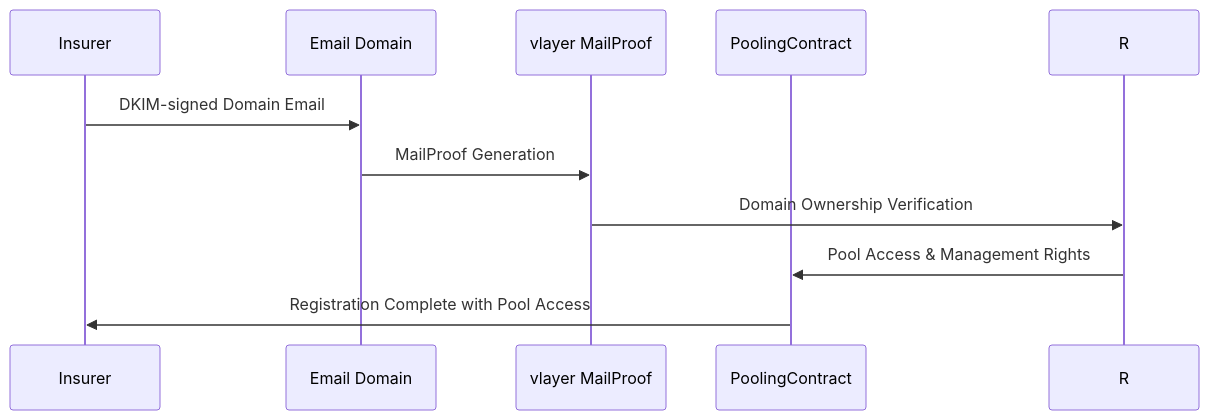
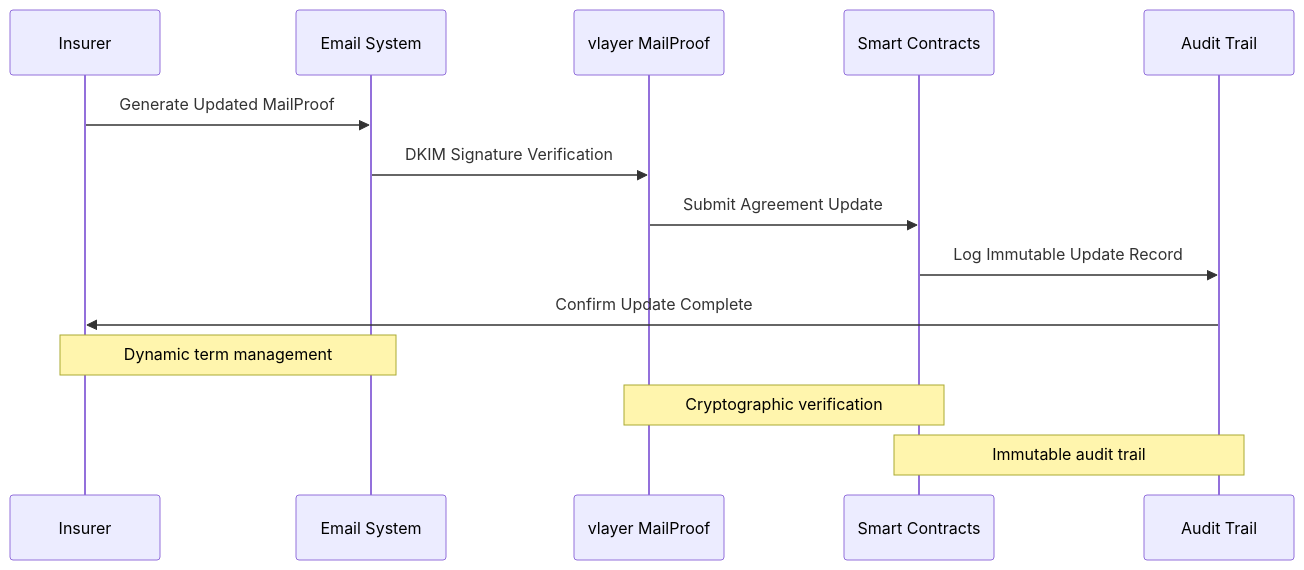
Before and after one commit to ppezzull/zkMed: the seventh of 8 diagrams in memory-bank/activeContext.md, drawn with Mermaid. The commit also changed other lines of this file and 5 other files, not shown here.

````diff
--- a/memory-bank/activeContext.md
+++ b/memory-bank/activeContext.md
@@ -249,13 +241,18 @@
 ```mermaid
 sequenceDiagram
     participant I as Insurer
-    participant E as Email Domain
+    participant E as Email System
     participant V as vlayer MailProof
-    participant P as PoolingContract
+    participant C as Smart Contracts
+    participant A as Audit Trail
 
-    I->>E: DKIM-signed Domain Email
-    E->>V: MailProof Generation
-    V->>R: Domain Ownership Verification
-    R->>P: Pool Access & Management Rights
-    P->>I: Registration Complete with Pool Access
+    I->>E: Generate Updated MailProof
+    E->>V: DKIM Signature Verification
+    V->>C: Submit Agreement Update
+    C->>A: Log Immutable Update Record
+    A->>I: Confirm Update Complete
+    
+    Note over I,E: Dynamic term management
+    Note over V,C: Cryptographic verification
+    Note over C,A: Immutable audit trail
 ```
````
